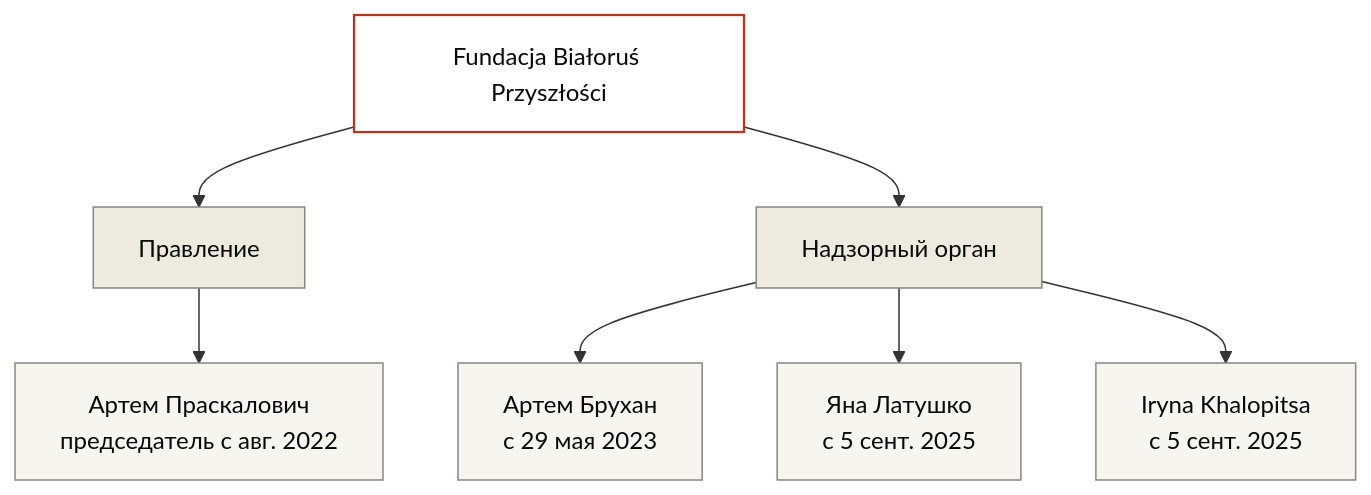
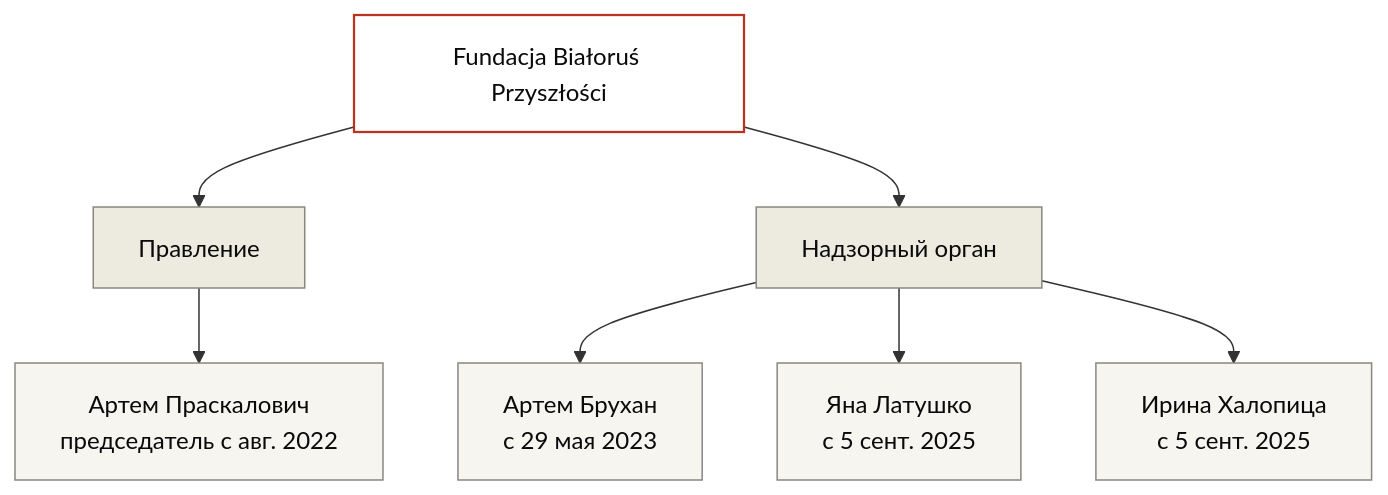
Before and after one commit to belarustransparency/belarus-transparency: the diagram in docs/organizations/bialorus-przyszlosci.md, drawn with Mermaid. The commit also changed other lines of this file, not shown here.

````diff
--- a/docs/organizations/bialorus-przyszlosci.md
+++ b/docs/organizations/bialorus-przyszlosci.md
@@ -129,25 +129,25 @@
 ```mermaid
 graph TD
     ORG["Fundacja Białoruś Przyszłości"]
     MGMT["Правление"]
     OVS["Надзорный орган"]
     PRES["Артем Праскалович<br/>председатель с авг. 2022"]
     OV1["Артем Брухан<br/>с 29 мая 2023"]
     OV2["Яна Латушко<br/>с 5 сент. 2025"]
-    OV3["Iryna Khalopitsa<br/>с 5 сент. 2025"]
+    OV3["Ирина Халопица<br/>с 5 сент. 2025"]
 
     ORG --> MGMT
     ORG --> OVS
     MGMT --> PRES
     OVS --> OV1
     OVS --> OV2
     OVS --> OV3
 
     classDef org fill:#FFFFFF,stroke:#B8341E,stroke-width:1.5px,color:#0A0A0A;
     classDef unit fill:#EDEAE0,stroke:#888780,stroke-width:1px,color:#0A0A0A;
     classDef person fill:#F7F5F0,stroke:#888780,stroke-width:1px,color:#0A0A0A;
 
     class ORG org;
     class MGMT,OVS unit;
     class PRES,OV1,OV2,OV3 person;
 ```
````
